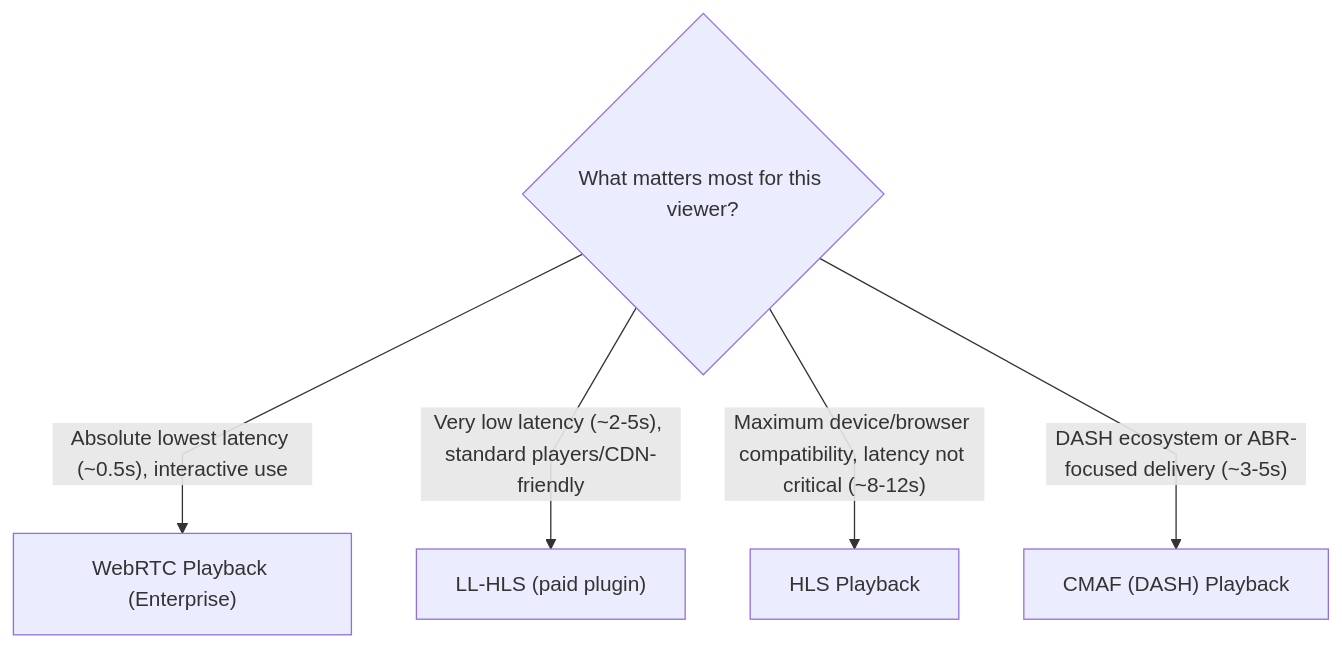
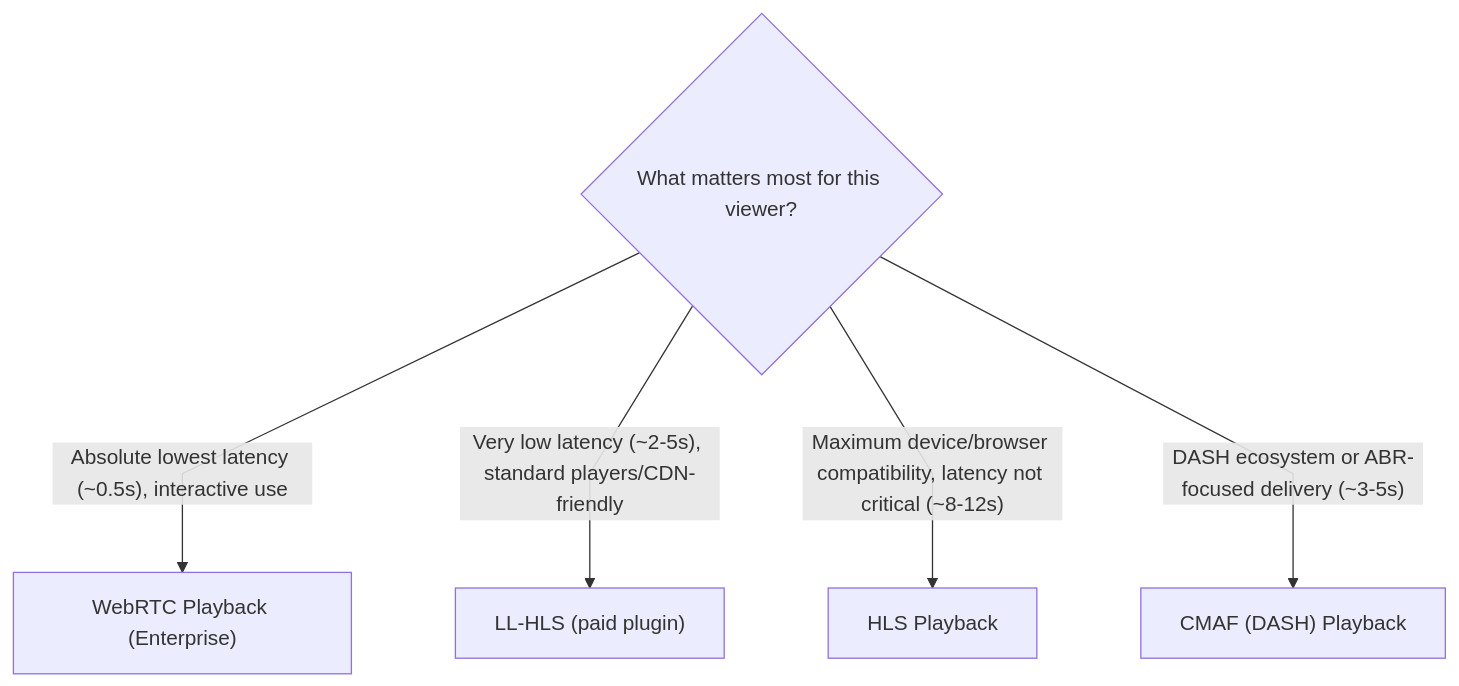
One commit to ant-media/ant-media-documentation changed the diagram in docs/guides/playing-live-stream/which-protocol-should-i-use.md. Above: the diagram before and after it, drawn with Mermaid. The commit also changed 6 other files, not shown here.

First line of the commit message:
Flowcharts: widen node/rank spacing so straight edges clear other boxes

````diff
--- a/docs/guides/playing-live-stream/which-protocol-should-i-use.md
+++ b/docs/guides/playing-live-stream/which-protocol-should-i-use.md
@@ -12,9 +12,9 @@
 ```mermaid
-%%{init: {'flowchart': {'curve': 'linear'}}}%%
+%%{init: {'flowchart': {'curve': 'linear', 'nodeSpacing': 80, 'rankSpacing': 80}}}%%
 flowchart TD
     A{"What matters most for this viewer?"}
     A -->|"Absolute lowest latency (~0.5s), interactive use"| WEBRTC["WebRTC Playback (Enterprise)"]
     A -->|"Very low latency (~2-5s), standard players/CDN-friendly"| LLHLS["LL-HLS (paid plugin)"]
     A -->|"Maximum device/browser compatibility, latency not critical (~8-12s)"| HLS["HLS Playback"]
     A -->|"DASH ecosystem or ABR-focused delivery (~3-5s)"| CMAF["CMAF (DASH) Playback"]
 ```
````
